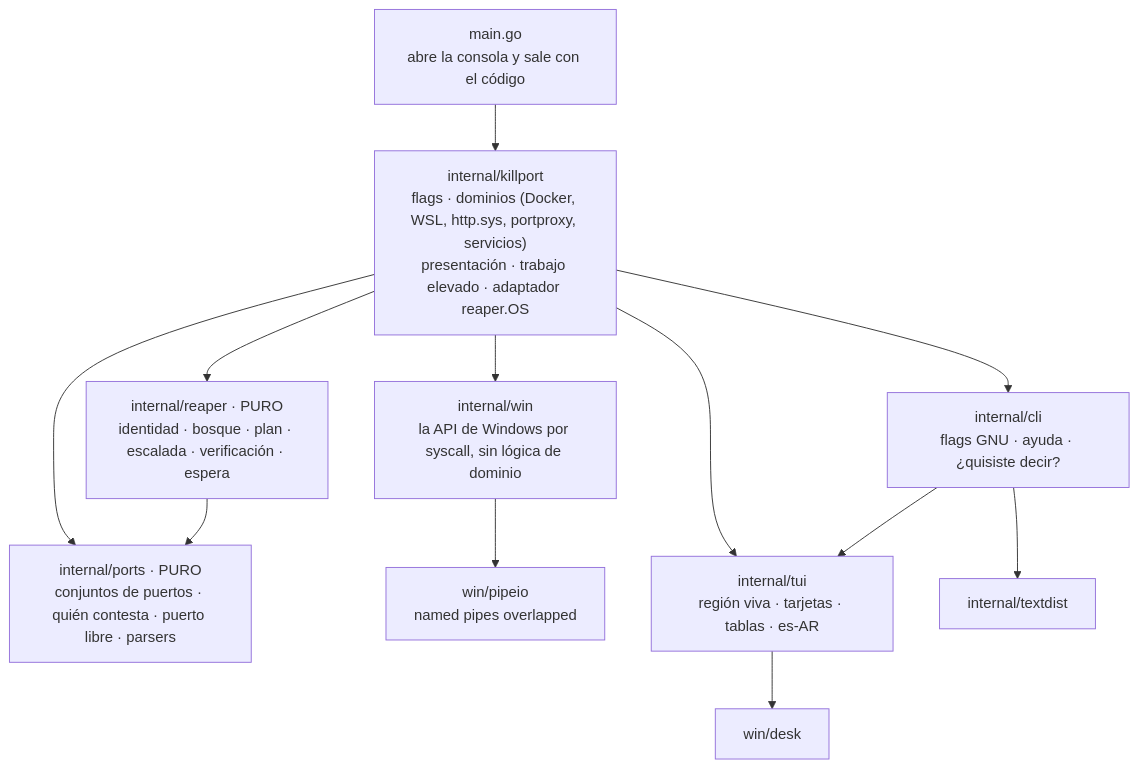
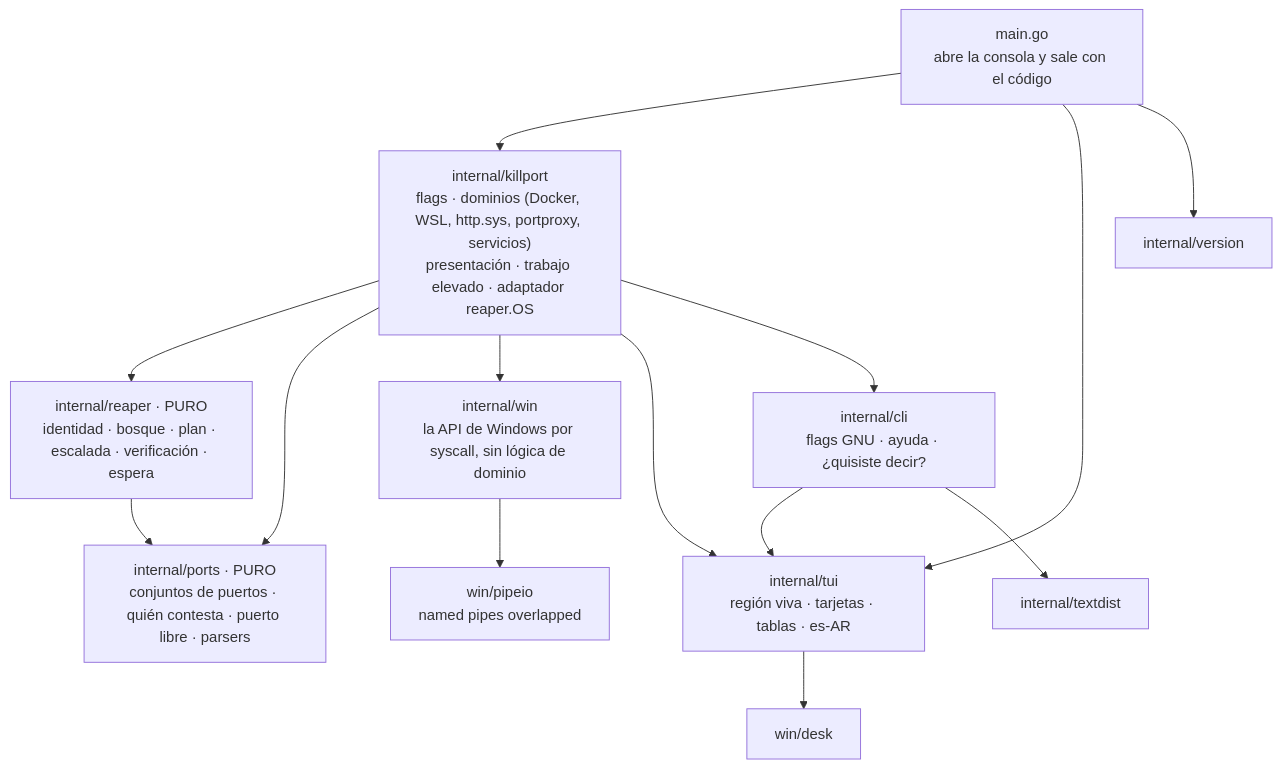
Before and after one commit to agustinyarrus/killport: the first of 6 diagrams in README.md, drawn with Mermaid. The commit also changed other lines of this file and 5 other files, not shown here.

````diff
--- a/README.md
+++ b/README.md
@@ -580,24 +583,27 @@
 ```mermaid
 flowchart TB
     main["main.go<br/>abre la consola y sale con el código"]
     kp["internal/killport<br/>flags · dominios (Docker, WSL, http.sys, portproxy, servicios)<br/>presentación · trabajo elevado · adaptador reaper.OS"]
     reaper["internal/reaper · PURO<br/>identidad · bosque · plan · escalada · verificación · espera"]
     ports["internal/ports · PURO<br/>conjuntos de puertos · quién contesta · puerto libre · parsers"]
     win["internal/win<br/>la API de Windows por syscall, sin lógica de dominio"]
     pipeio["win/pipeio<br/>named pipes overlapped"]
     tui["internal/tui<br/>región viva · tarjetas · tablas · es-AR"]
     cli["internal/cli<br/>flags GNU · ayuda · ¿quisiste decir?"]
     desk["win/desk"]
     textdist["internal/textdist"]
+    version["internal/version"]
     main --> kp
+    main --> tui
+    main --> version
     kp --> reaper
     kp --> ports
     kp --> win
     kp --> tui
     kp --> cli
     reaper --> ports
     win --> pipeio
     tui --> desk
     cli --> tui
     cli --> textdist
 ```
````
